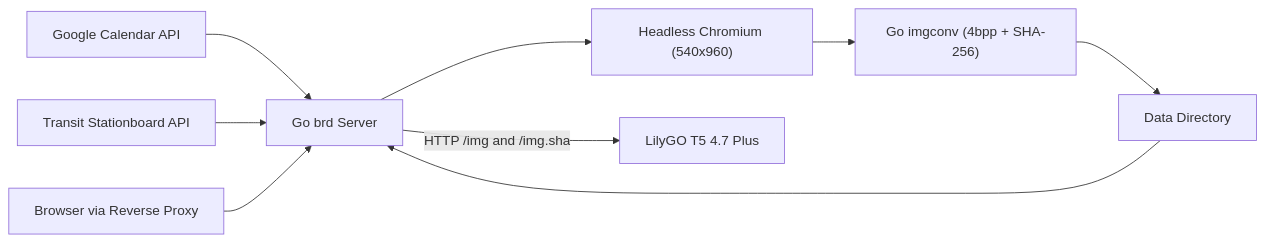
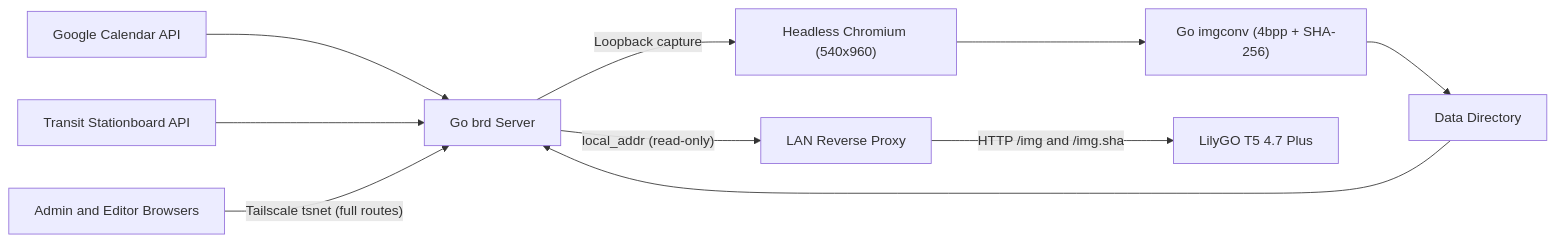
The first of 2 diagrams in README.md (neoautomata/brd), drawn with Mermaid before and after one commit. The commit also changed other lines of this file and 33 other files, not shown here.

````diff
--- a/README.md
+++ b/README.md
@@ -13,11 +13,12 @@
 ```mermaid
 flowchart LR
     Cal["Google Calendar API"] --> Srv["Go brd Server"]
     Transit["Transit Stationboard API"] --> Srv
-    Editor["Browser via Reverse Proxy"] --> Srv
-    Srv --> Chrome["Headless Chromium (540x960)"]
+    Srv -->|"Loopback capture"| Chrome["Headless Chromium (540x960)"]
     Chrome --> Conv["Go imgconv (4bpp + SHA-256)"]
     Conv --> Store["Data Directory"]
     Store --> Srv
-    Srv -->|"HTTP /img and /img.sha"| Display["LilyGO T5 4.7 Plus"]
+    Srv -->|"local_addr (read-only)"| Proxy["LAN Reverse Proxy"]
+    Proxy -->|"HTTP /img and /img.sha"| Display["LilyGO T5 4.7 Plus"]
+    Editor["Admin and Editor Browsers"] -->|"Tailscale tsnet (full routes)"| Srv
 ```
````
